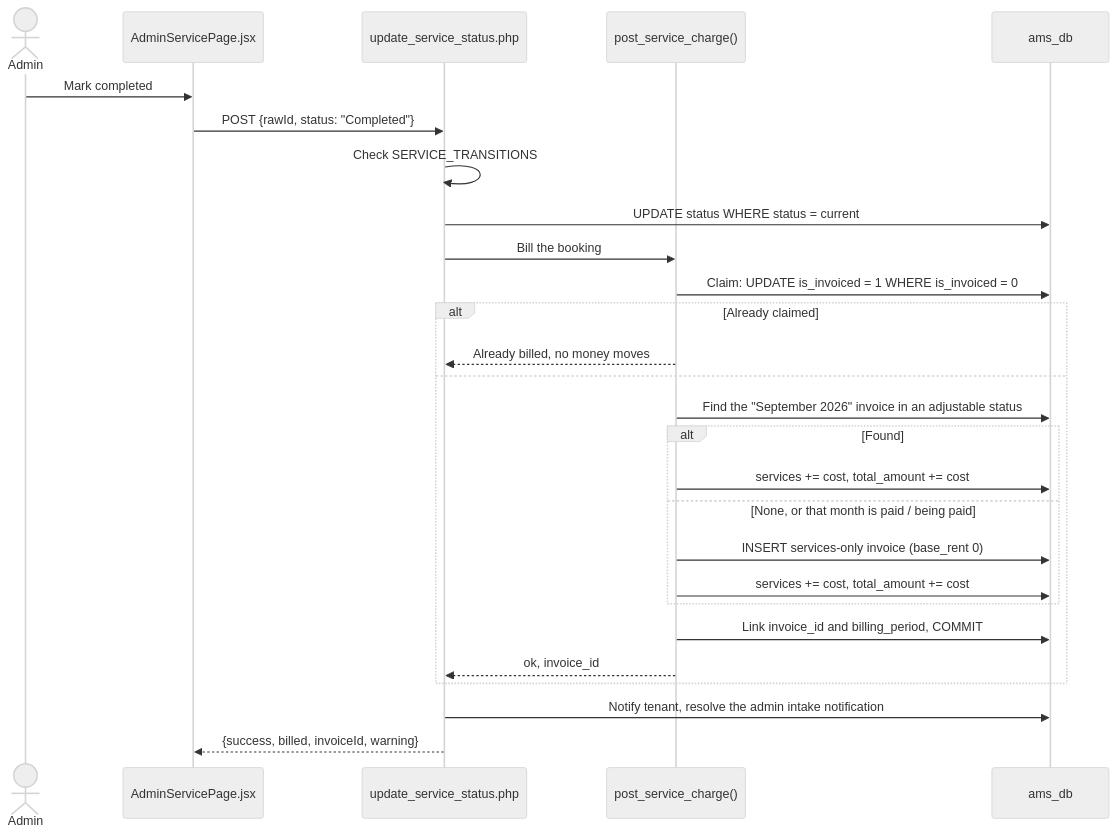
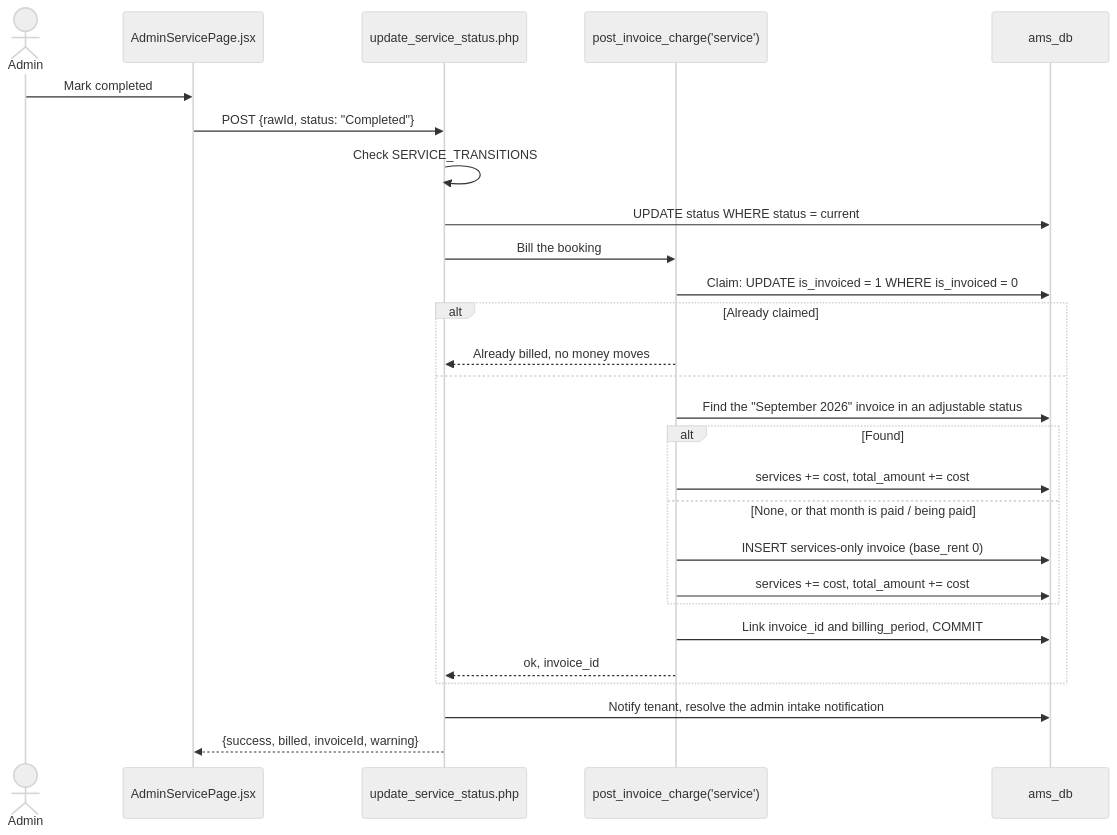
Before and after one commit to Keonbe/ApartmentManagementSystem_React: diagram 12 of 36 in docs/documentation/module_verification_guide.md, drawn with Mermaid (neutral theme). The commit also changed other lines of this file and 17 other files, not shown here.

First line of the commit message:
refactor(billing): one post/reverse module for service, maintenance and parking charges

````diff
--- a/docs/documentation/module_verification_guide.md
+++ b/docs/documentation/module_verification_guide.md
@@ -1275,30 +1275,30 @@
 ```mermaid
 sequenceDiagram
     actor A as Admin
     participant AS as AdminServicePage.jsx
     participant US as update_service_status.php
-    participant PC as post_service_charge()
+    participant PC as post_invoice_charge('service')
     participant DB as ams_db
 
     A->>AS: Mark completed
     AS->>US: POST {rawId, status: "Completed"}
     US->>US: Check SERVICE_TRANSITIONS
     US->>DB: UPDATE status WHERE status = current
     US->>PC: Bill the booking
     PC->>DB: Claim: UPDATE is_invoiced = 1 WHERE is_invoiced = 0
     alt Already claimed
         PC-->>US: Already billed, no money moves
     else
         PC->>DB: Find the "September 2026" invoice in an adjustable status
         alt Found
             PC->>DB: services += cost, total_amount += cost
         else None, or that month is paid / being paid
             PC->>DB: INSERT services-only invoice (base_rent 0)
             PC->>DB: services += cost, total_amount += cost
         end
         PC->>DB: Link invoice_id and billing_period, COMMIT
         PC-->>US: ok, invoice_id
     end
     US->>DB: Notify tenant, resolve the admin intake notification
     US-->>AS: {success, billed, invoiceId, warning}
 ```
````
